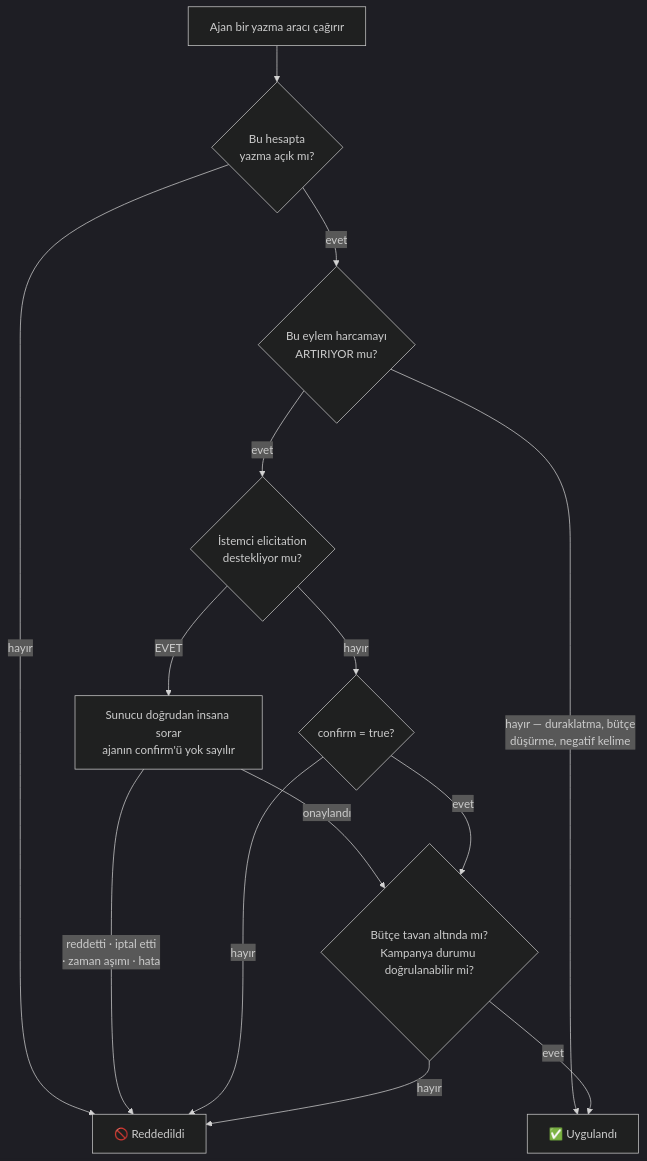
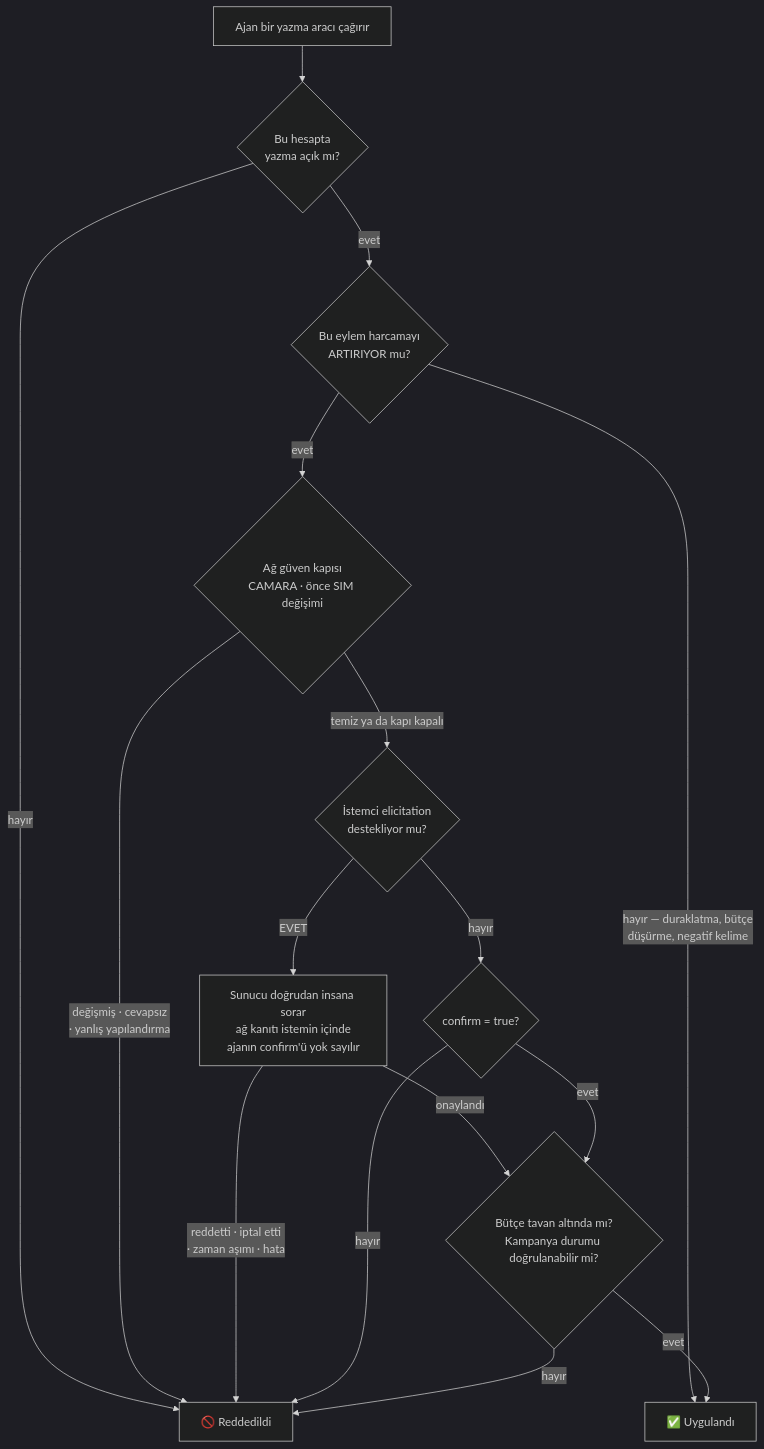
The second of 3 diagrams in README.tr.md (Xaena53/aegis), drawn with Mermaid (dark theme) before and after one commit. The commit also changed other lines of this file and 8 other files, not shown here.

````diff
--- a/README.tr.md
+++ b/README.tr.md
@@ -301,16 +308,18 @@
 ```mermaid
 flowchart TD
     A["Ajan bir yazma aracı çağırır"] --> B{"Bu hesapta<br/>yazma açık mı?"}
     B -- hayır --> R["🚫 Reddedildi"]
     B -- evet --> C{"Bu eylem harcamayı<br/>ARTIRIYOR mu?"}
     C -- "hayır — duraklatma, bütçe<br/>düşürme, negatif kelime" --> E["✅ Uygulandı"]
-    C -- evet --> D{"İstemci elicitation<br/>destekliyor mu?"}
-    D -- "EVET" --> H["Sunucu doğrudan insana sorar<br/>ajanın confirm'ü yok sayılır"]
+    C -- evet --> N{"Ağ güven kapısı<br/>CAMARA · önce SIM değişimi"}
+    N -- "değişmiş · cevapsız<br/>· yanlış yapılandırma" --> R
+    N -- "temiz ya da kapı kapalı" --> D{"İstemci elicitation<br/>destekliyor mu?"}
+    D -- "EVET" --> H["Sunucu doğrudan insana sorar<br/>ağ kanıtı istemin içinde<br/>ajanın confirm'ü yok sayılır"]
     D -- hayır --> F{"confirm = true?"}
     H -- onaylandı --> G
     H -- "reddetti · iptal etti<br/>· zaman aşımı · hata" --> R
     F -- hayır --> R
     F -- evet --> G{"Bütçe tavan altında mı?<br/>Kampanya durumu doğrulanabilir mi?"}
     G -- hayır --> R
     G -- evet --> E
 ```
````
